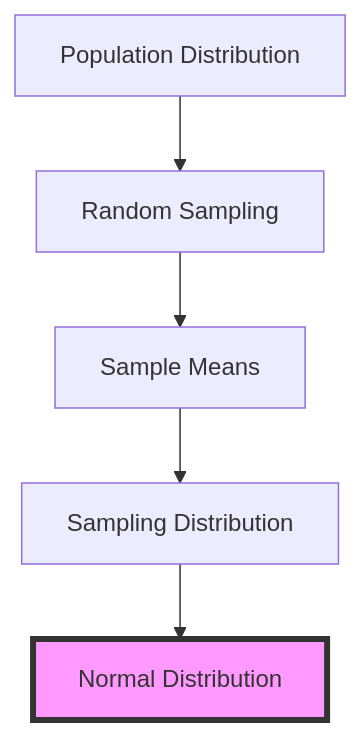
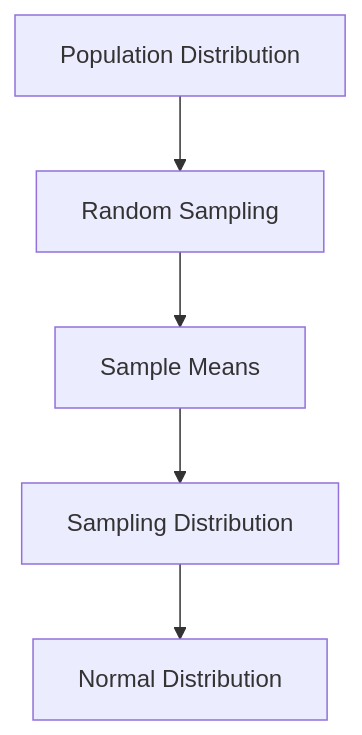
The diagram in _posts/2020-08-23-Econometrics.md (ymju86/ymju86.github.io), drawn with Mermaid before and after one commit. The commit also changed other lines of this file, not shown here.

````diff
--- a/_posts/2020-08-23-Econometrics.md
+++ b/_posts/2020-08-23-Econometrics.md
@@ -39,9 +43,7 @@
 ```mermaid
-graph TD;
-    A["Population Distribution"] --> B["Random Sampling"];
-    B --> C["Sample Means"];
-    C --> D["Sampling Distribution"];
-    D --> E["Normal Distribution"];
-    
-    style E fill:#f9f,stroke:#333,stroke-width:4px;
+graph TD
+    A["Population Distribution"] --> B["Random Sampling"]
+    B --> C["Sample Means"]
+    C --> D["Sampling Distribution"]
+    D --> E["Normal Distribution"]
 ```
````
